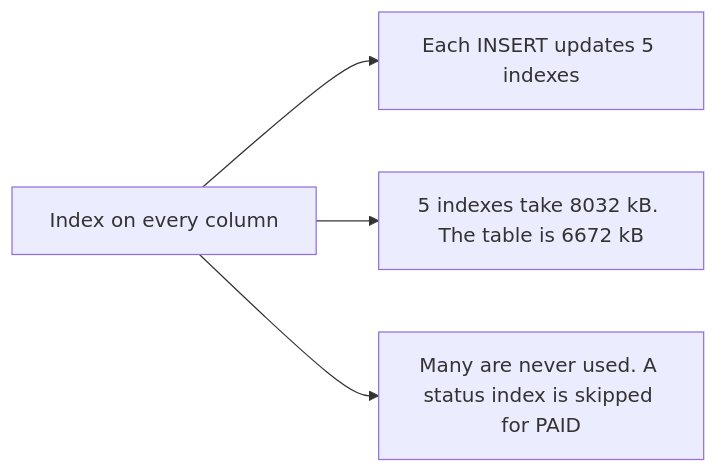
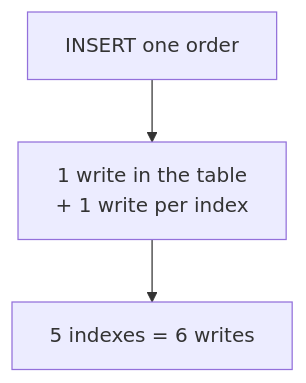
Before and after one commit to starjustice/research-material: the fifth of 5 diagrams in learn/database/09-indexes-and-b-trees.md, drawn with Mermaid. The commit also changed other lines of this file, not shown here.

Commit message:
Reshape Database lesson 09 (Indexes and B-trees) into short cards with guess bars and blue More detail bars

````diff
--- a/learn/database/09-indexes-and-b-trees.md
+++ b/learn/database/09-indexes-and-b-trees.md
@@ -112,6 +266,5 @@
 ```mermaid
-graph LR
-    W["Index on every column"] --> I1["Each INSERT updates 5 indexes"]
-    W --> I2["5 indexes take 8032 kB. The table is 6672 kB"]
-    W --> I3["Many are never used. A status index is skipped for PAID"]
+graph TB
+    N["INSERT one order"] --> W["1 write in the table<br/>+ 1 write per index"]
+    W --> X["5 indexes = 6 writes"]
 ```
````
